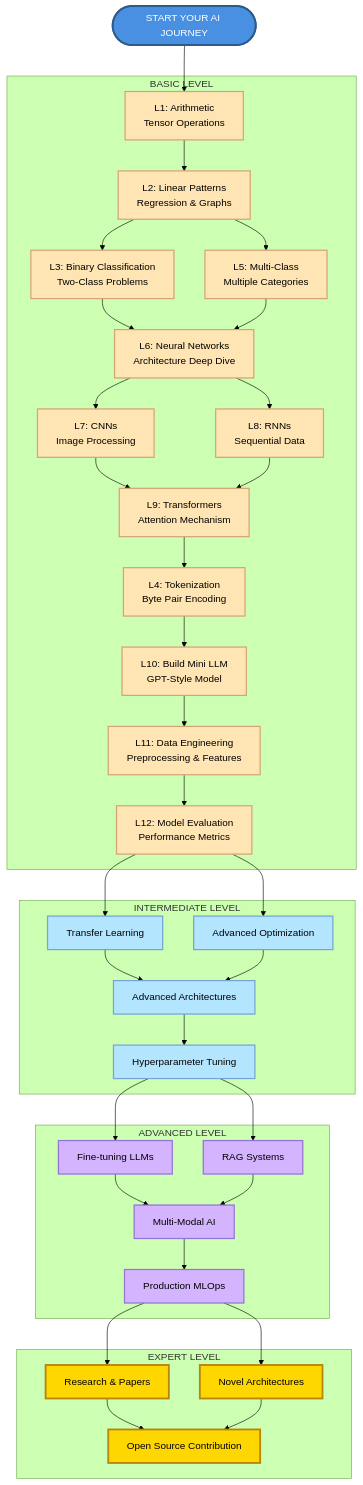
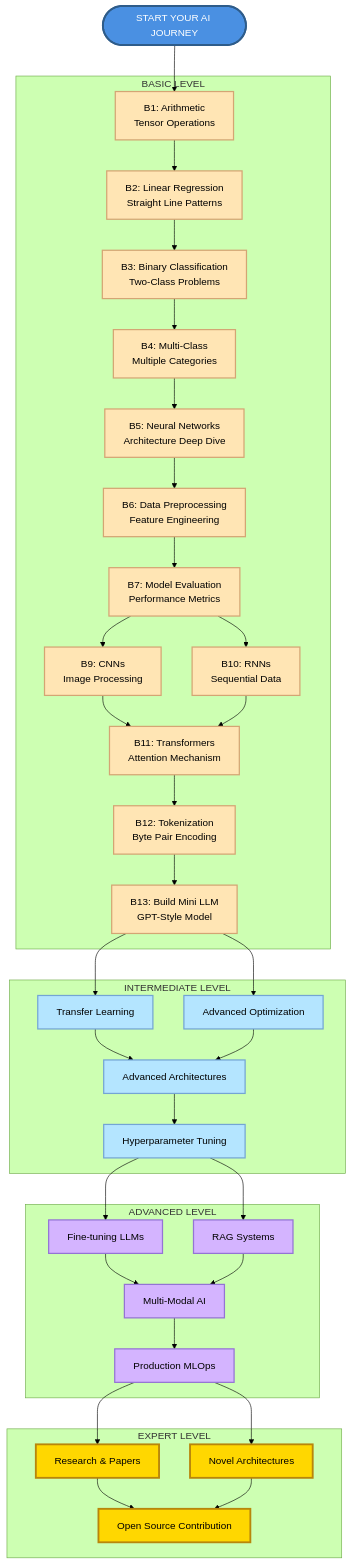
Before and after one commit to nexageapps/AI: the diagram in README.md, drawn with Mermaid (forest theme). The commit also changed other lines of this file, not shown here.

````diff
--- a/README.md
+++ b/README.md
@@ -58,77 +59,76 @@
 ```mermaid
 graph TB
     Start([START YOUR AI JOURNEY]):::startNode
     
     subgraph Basic["BASIC LEVEL"]
-        L1["L1: Arithmetic<br/>Tensor Operations"]:::basic
-        L2["L2: Linear Patterns<br/>Regression & Graphs"]:::basic
-        L3["L3: Binary Classification<br/>Two-Class Problems"]:::basic
-        L5["L5: Multi-Class<br/>Multiple Categories"]:::basic
-        L6["L6: Neural Networks<br/>Architecture Deep Dive"]:::basic
-        L7["L7: CNNs<br/>Image Processing"]:::basic
-        L8["L8: RNNs<br/>Sequential Data"]:::basic
-        L9["L9: Transformers<br/>Attention Mechanism"]:::basic
-        L4["L4: Tokenization<br/>Byte Pair Encoding"]:::basic
-        L10["L10: Build Mini LLM<br/>GPT-Style Model"]:::basic
-        L11["L11: Data Engineering<br/>Preprocessing & Features"]:::basic
-        L12["L12: Model Evaluation<br/>Performance Metrics"]:::basic
+        B1["B1: Arithmetic<br/>Tensor Operations"]:::basic
+        B2["B2: Linear Regression<br/>Straight Line Patterns"]:::basic
+        B3["B3: Binary Classification<br/>Two-Class Problems"]:::basic
+        B4["B4: Multi-Class<br/>Multiple Categories"]:::basic
+        B5["B5: Neural Networks<br/>Architecture Deep Dive"]:::basic
+        B6["B6: Data Preprocessing<br/>Feature Engineering"]:::basic
+        B7["B7: Model Evaluation<br/>Performance Metrics"]:::basic
+        B9["B9: CNNs<br/>Image Processing"]:::basic
+        B10["B10: RNNs<br/>Sequential Data"]:::basic
+        B11["B11: Transformers<br/>Attention Mechanism"]:::basic
+        B12["B12: Tokenization<br/>Byte Pair Encoding"]:::basic
+        B13["B13: Build Mini LLM<br/>GPT-Style Model"]:::basic
     end
     
     subgraph Intermediate["INTERMEDIATE LEVEL"]
         I1["Transfer Learning"]:::intermediate
         I2["Advanced Optimization"]:::intermediate
         I3["Advanced Architectures"]:::intermediate
         I4["Hyperparameter Tuning"]:::intermediate
     end
     
     subgraph Advanced["ADVANCED LEVEL"]
         A1["Fine-tuning LLMs"]:::advanced
         A2["RAG Systems"]:::advanced
         A3["Multi-Modal AI"]:::advanced
         A4["Production MLOps"]:::advanced
     end
     
     subgraph Expert["EXPERT LEVEL"]
         E1["Research & Papers"]:::expert
         E2["Novel Architectures"]:::expert
         E3["Open Source Contribution"]:::expert
     end
     
-    Start --> L1
-    L1 --> L2
-    L2 --> L3
-    L2 --> L5
-    L3 --> L6
-    L5 --> L6
-    L6 --> L7
-    L6 --> L8
-    L7 --> L9
-    L8 --> L9
-    L9 --> L4
-    L4 --> L10
-    L10 --> L11
-    L11 --> L12
+    Start --> B1
+    B1 --> B2
+    B2 --> B3
+    B3 --> B4
+    B4 --> B5
+    B5 --> B6
+    B6 --> B7
+    B7 --> B9
+    B7 --> B10
+    B9 --> B11
+    B10 --> B11
+    B11 --> B12
+    B12 --> B13
     
-    L12 --> I1
-    L12 --> I2
+    B13 --> I1
+    B13 --> I2
     I1 --> I3
     I2 --> I3
     I3 --> I4
     
     I4 --> A1
     I4 --> A2
     A1 --> A3
     A2 --> A3
     A3 --> A4
     
     A4 --> E1
     A4 --> E2
     E1 --> E3
     E2 --> E3
     
     classDef startNode fill:#4A90E2,stroke:#2E5C8A,stroke-width:3px,color:#fff
     classDef basic fill:#FFE5B4,stroke:#D4A574,stroke-width:2px,color:#000
     classDef intermediate fill:#B4E5FF,stroke:#74A5D4,stroke-width:2px,color:#000
     classDef advanced fill:#D4B4FF,stroke:#9474D4,stroke-width:2px,color:#000
     classDef expert fill:#FFD700,stroke:#B8860B,stroke-width:3px,color:#000
 ```
````
